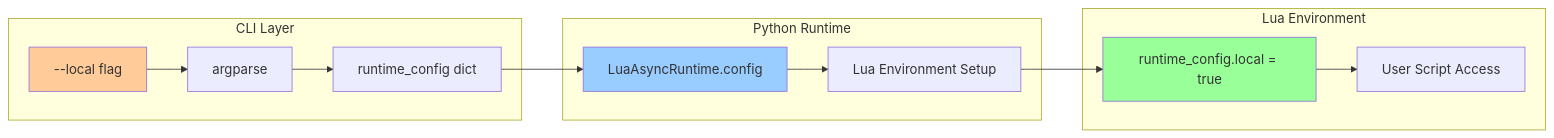
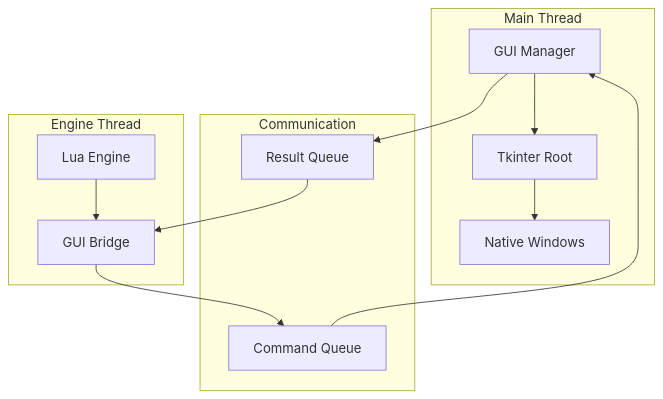
One commit to jangabrielsson/plua changed the third of 18 diagrams in ARCHITECTURE.md. Above: the diagram before and after it, drawn with Mermaid. The commit also changed other lines of this file and 404 other files, not shown here.

````diff
--- a/ARCHITECTURE.md
+++ b/ARCHITECTURE.md
@@ -309,21 +111,26 @@
 ```mermaid
-graph LR
-    subgraph "CLI Layer"
-        A[--local flag] --> B[argparse]
-        B --> C[runtime_config dict]
+graph TB
+    subgraph "Main Thread"
+        GUI_MGR[GUI Manager]
+        TKINTER[Tkinter Root]
+        WINDOWS[Native Windows]
     end
     
-    subgraph "Python Runtime"
-        C --> D[LuaAsyncRuntime.config]
-        D --> E[Lua Environment Setup]
+    subgraph "Engine Thread"
+        LUA_ENGINE[Lua Engine]
+        GUI_BRIDGE[GUI Bridge]
     end
     
-    subgraph "Lua Environment"
-        E --> F[runtime_config.local = true]
-        F --> G[User Script Access]
+    subgraph "Communication"
+        CMD_QUEUE[Command Queue]
+        RESULT_QUEUE[Result Queue]
     end
     
-    style A fill:#ffcc99
-    style D fill:#99ccff
-    style F fill:#99ff99
+    GUI_MGR --> TKINTER
+    TKINTER --> WINDOWS
+    LUA_ENGINE --> GUI_BRIDGE
+    GUI_BRIDGE --> CMD_QUEUE
+    CMD_QUEUE --> GUI_MGR
+    GUI_MGR --> RESULT_QUEUE
+    RESULT_QUEUE --> GUI_BRIDGE
 ```
````
